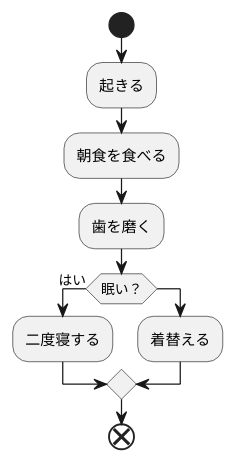
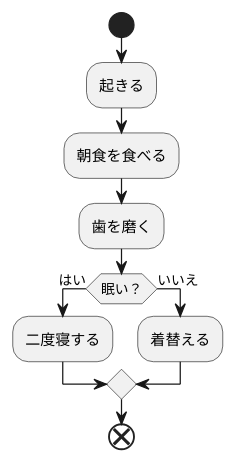
The diagram in mijitaku.md (aso2001362/2021sys-design), drawn with PlantUML before and after one commit.

````diff
--- a/mijitaku.md
+++ b/mijitaku.md
@@ -1,14 +1,14 @@
 ```uml
 @startuml
 start
 :起きる;
 :朝食を食べる;
 :歯を磨く;
 if(眠い？)then(はい)
 :二度寝する;
-else
+else(いいえ)
 :着替える;
 endif
 end
 @enduml
 ```
````
